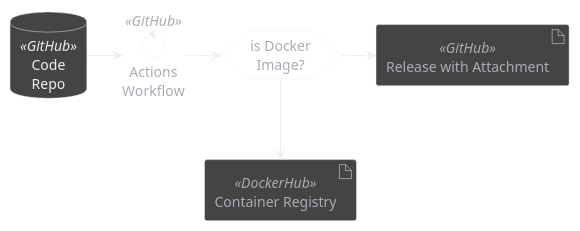
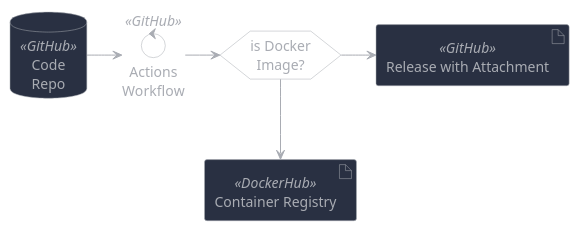
One commit to sommerfeld-io/website changed the diagram in docs/modules/ROOT/pages/development/tools.adoc. Above: the diagram before and after it, drawn with PlantUML. The commit also changed 1 other file, not shown here.

Commit message:
diagram colors

```diff
--- a/docs/modules/ROOT/pages/development/tools.adoc
+++ b/docs/modules/ROOT/pages/development/tools.adoc
@@ -19,53 +19,57 @@
 [plantuml, puml-build-image, svg]
 ----
 @startuml
 
-skinparam linetype ortho
+'skinparam linetype ortho
 skinparam monochrome false
 skinparam componentStyle uml2
 skinparam backgroundColor transparent
-skinparam ArrowColor #eee
-skinparam NoteBorderColor #eee
+'skinparam backgroundColor #202634
+skinparam ArrowColor #a9acb3
+skinparam NoteBorderColor #a9acb3
 skinparam NoteFontColor #a9acb3
 skinparam NoteBackgroundColor transparent
-skinparam ComponentBorderColor #eee
+skinparam ComponentBorderColor #a9acb3
+skinparam ComponentBackgroundColor #293042
 skinparam ComponentFontColor #a9acb3
-skinparam DatabaseBorderColor #eee
-skinparam DatabaseBackgroundColor #444
-skinparam DatabaseFontColor #eee
-skinparam FileBorderColor #eee
+skinparam DatabaseBorderColor #a9acb3
+skinparam DatabaseBackgroundColor #293042
+skinparam DatabaseFontColor #a9acb3
+skinparam FileBorderColor #a9acb3
+skinparam FileBackgroundColor #293042
 skinparam FileFontColor #a9acb3
-skinparam ControlBorderColor #eee
+skinparam ControlBorderColor #a9acb3
+skinparam ControlBackgroundColor #293042
 skinparam ControlFontColor #a9acb3
 skinparam RectangleBackgroundColor transparent
-skinparam RectangleBorderColor #eee
+skinparam RectangleBorderColor #a9acb3
 skinparam RectangleFontColor #a9acb3
 skinparam ControlBackgroundColor transparent
-skinparam ControlBorderColor #eee
+skinparam ControlBorderColor #a9acb3
 skinparam ControlFontColor #a9acb3
 skinparam HexagonBackgroundColor transparent
-skinparam HexagonBorderColor #eee
+skinparam HexagonBorderColor #a9acb3
 skinparam HexagonFontColor #a9acb3
-skinparam ArtifactBackgroundColor #444
-skinparam ArtifactBorderColor #eee
+skinparam ArtifactBackgroundColor #293042
+skinparam ArtifactBorderColor #a9acb3
 skinparam ArtifactFontColor #a9acb3
 skinparam defaultTextAlignment center
 skinparam activity {
 FontName Ubuntu
 }
 
 database repo as "Code\nRepo" <<GitHub>>
 control actions as "Actions\nWorkflow" <<GitHub>>
 repo -> actions
 
 hexagon isDocker as "is Docker\nImage?"
 actions -> isDocker
 
 artifact release as "Release with Attachment" <<GitHub>>
 isDocker -right-> release
 
 artifact dockerhub as "Container Registry" <<DockerHub>>
 isDocker -down-> dockerhub
 
 @enduml
 ----
```
